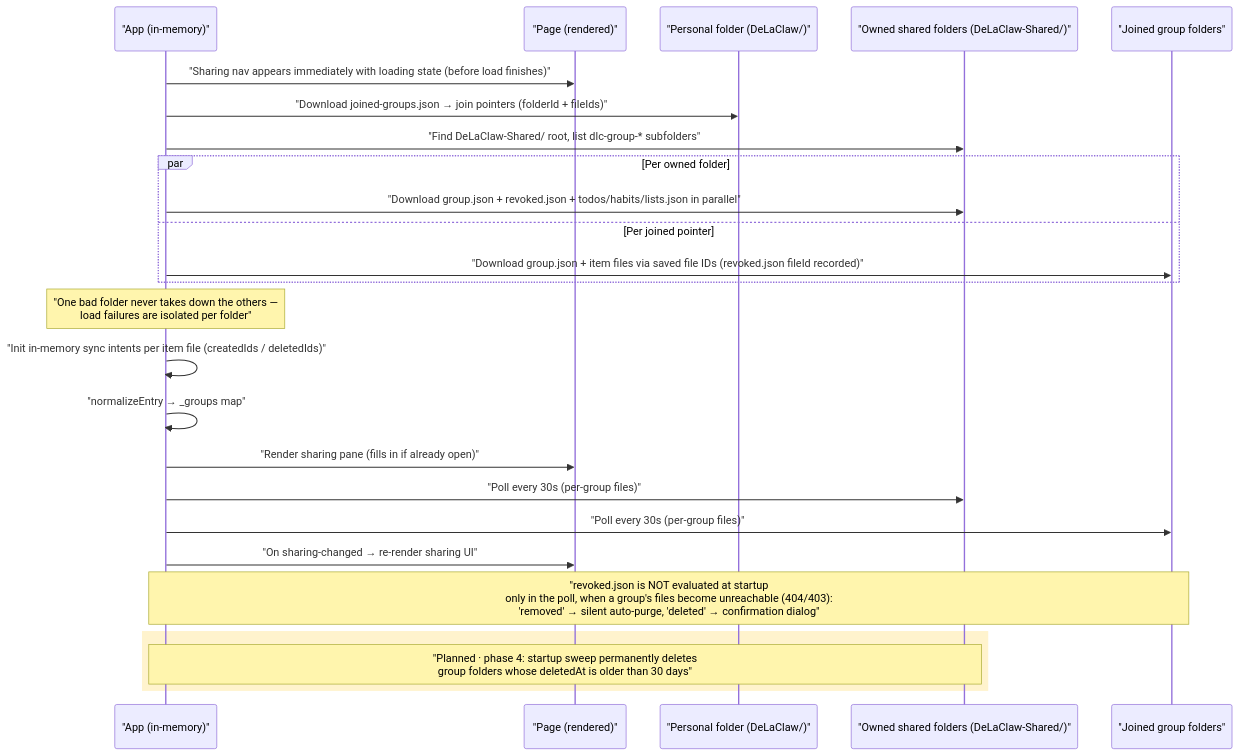
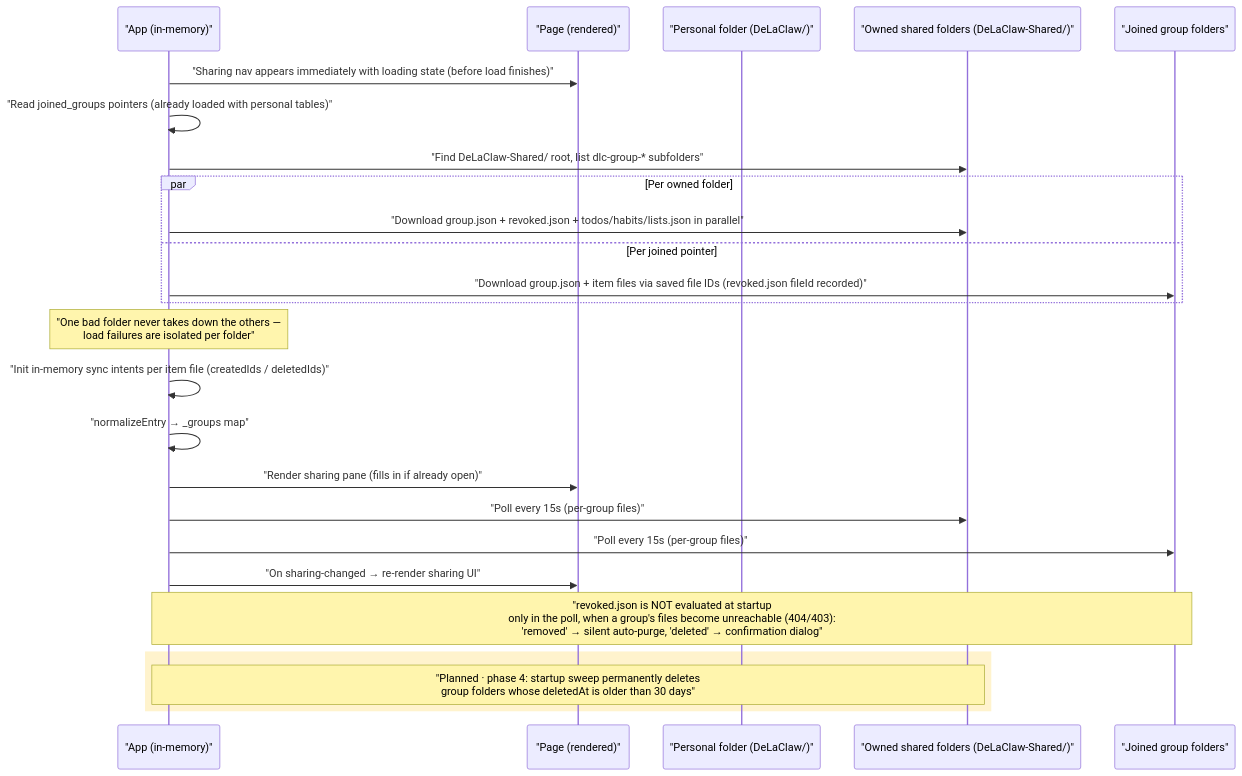
The third of 7 diagrams in docs-site/sync-architecture.md (AntGro/DeLaClaw), drawn with Mermaid before and after one commit. The commit also changed other lines of this file and 12 other files, not shown here.

````diff
--- a/docs-site/sync-architecture.md
+++ b/docs-site/sync-architecture.md
@@ -88,33 +131,33 @@
 ```mermaid
 sequenceDiagram
     participant App as "App (in-memory)"
     participant Page as "Page (rendered)"
     participant PF as "Personal folder (DeLaClaw/)"
     participant OWN as "Owned shared folders (DeLaClaw-Shared/)"
     participant JOIN as "Joined group folders"
 
     App->>Page: "Sharing nav appears immediately with loading state (before load finishes)"
-    App->>PF: "Download joined-groups.json → join pointers (folderId + fileIds)"
+    App->>App: "Read joined_groups pointers (already loaded with personal tables)"
     App->>OWN: "Find DeLaClaw-Shared/ root, list dlc-group-* subfolders"
 
     par Per owned folder
         App->>OWN: "Download group.json + revoked.json + todos/habits/lists.json in parallel"
     and Per joined pointer
         App->>JOIN: "Download group.json + item files via saved file IDs (revoked.json fileId recorded)"
     end
 
     Note over App: "One bad folder never takes down the others —<br/>load failures are isolated per folder"
 
     App->>App: "Init in-memory sync intents per item file (createdIds / deletedIds)"
     App->>App: "normalizeEntry → _groups map"
     App->>Page: "Render sharing pane (fills in if already open)"
-    App->>OWN: "Poll every 30s (per-group files)"
-    App->>JOIN: "Poll every 30s (per-group files)"
+    App->>OWN: "Poll every 15s (per-group files)"
+    App->>JOIN: "Poll every 15s (per-group files)"
     App->>Page: "On sharing-changed → re-render sharing UI"
 
     Note over App,JOIN: "revoked.json is NOT evaluated at startup<br/>only in the poll, when a group's files become unreachable (404/403):<br/>'removed' → silent auto-purge, 'deleted' → confirmation dialog"
 
     rect rgb(255, 243, 205)
     Note over App,OWN: "Planned · phase 4: startup sweep permanently deletes<br/>group folders whose deletedAt is older than 30 days"
     end
 ```
````
